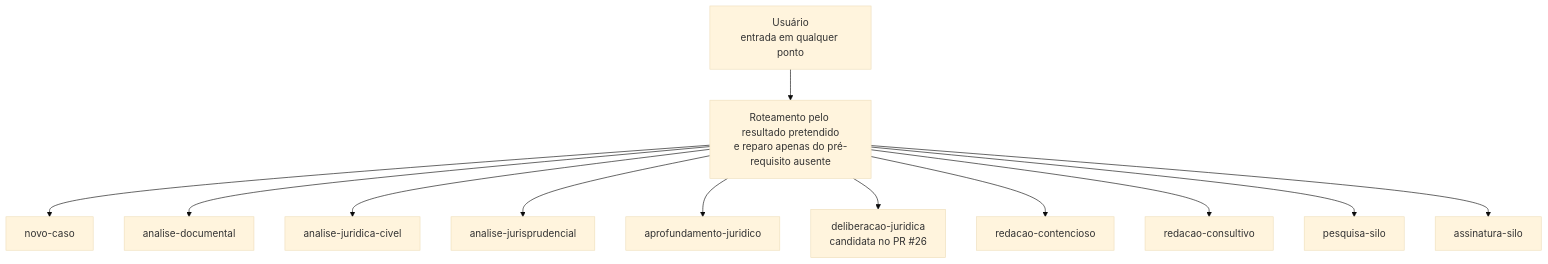
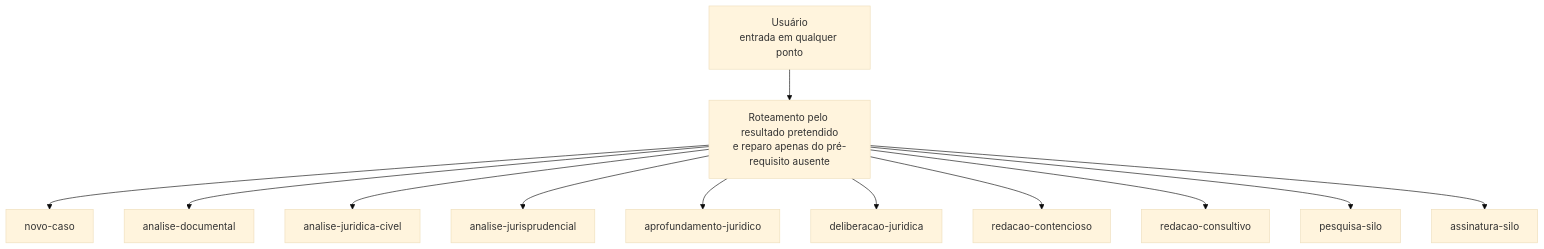
One commit to sensdiego/codigo-aberto changed the first of 20 diagrams in references/mapa-visual-skills-modulos.md. Above: the diagram before and after it, drawn with Mermaid (base theme). The commit also changed other lines of this file and 2 other files, not shown here.

````diff
--- a/references/mapa-visual-skills-modulos.md
+++ b/references/mapa-visual-skills-modulos.md
@@ -27,15 +27,15 @@
 ```mermaid
 flowchart TB
     U["Usuário<br/>entrada em qualquer ponto"] --> R["Roteamento pelo resultado pretendido<br/>e reparo apenas do pré-requisito ausente"]
 
     R --> NC["novo-caso"]
     R --> AD["analise-documental"]
     R --> AJ["analise-juridica-civel"]
     R --> AP["analise-jurisprudencial"]
     R --> PROF["aprofundamento-juridico"]
-    R --> DEL["deliberacao-juridica<br/>candidata no PR #26"]
+    R --> DEL["deliberacao-juridica"]
     R --> RC["redacao-contencioso"]
     R --> RCON["redacao-consultivo"]
     R --> PS["pesquisa-silo"]
     R --> AS["assinatura-silo"]
 ```
````
